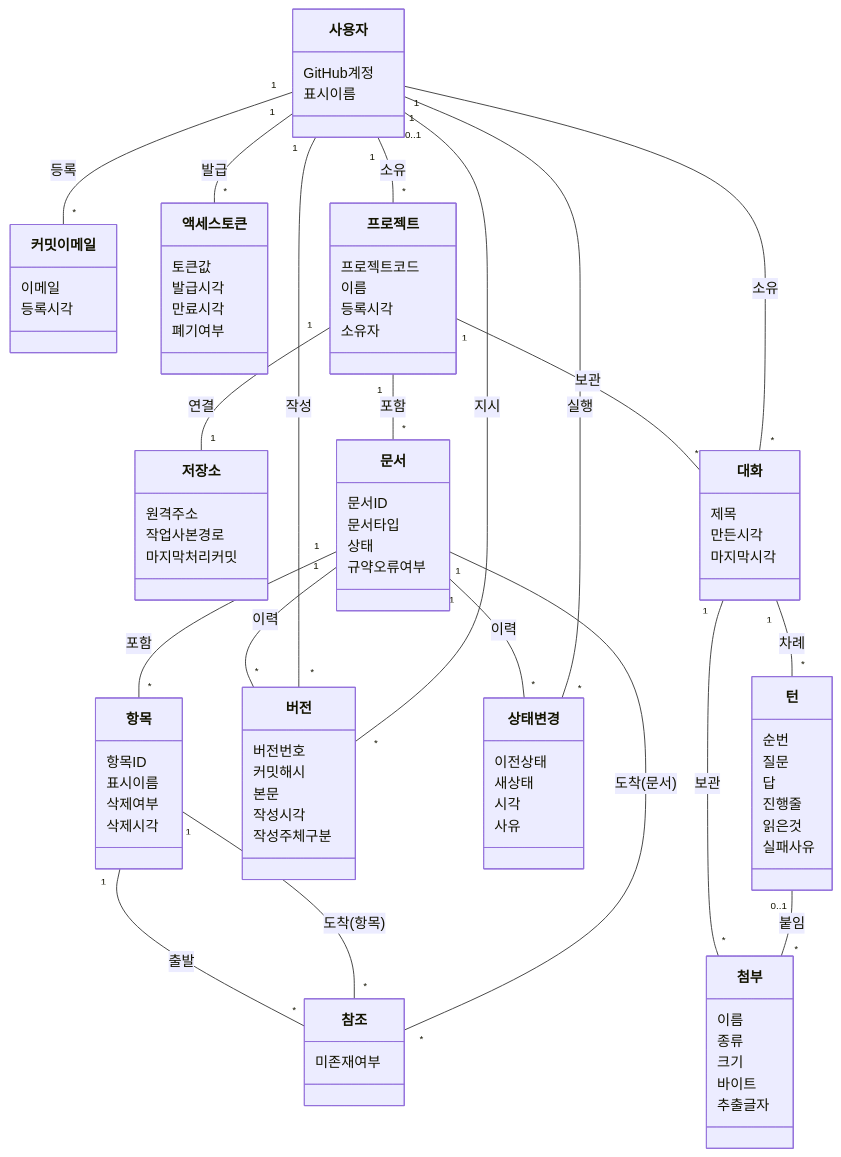
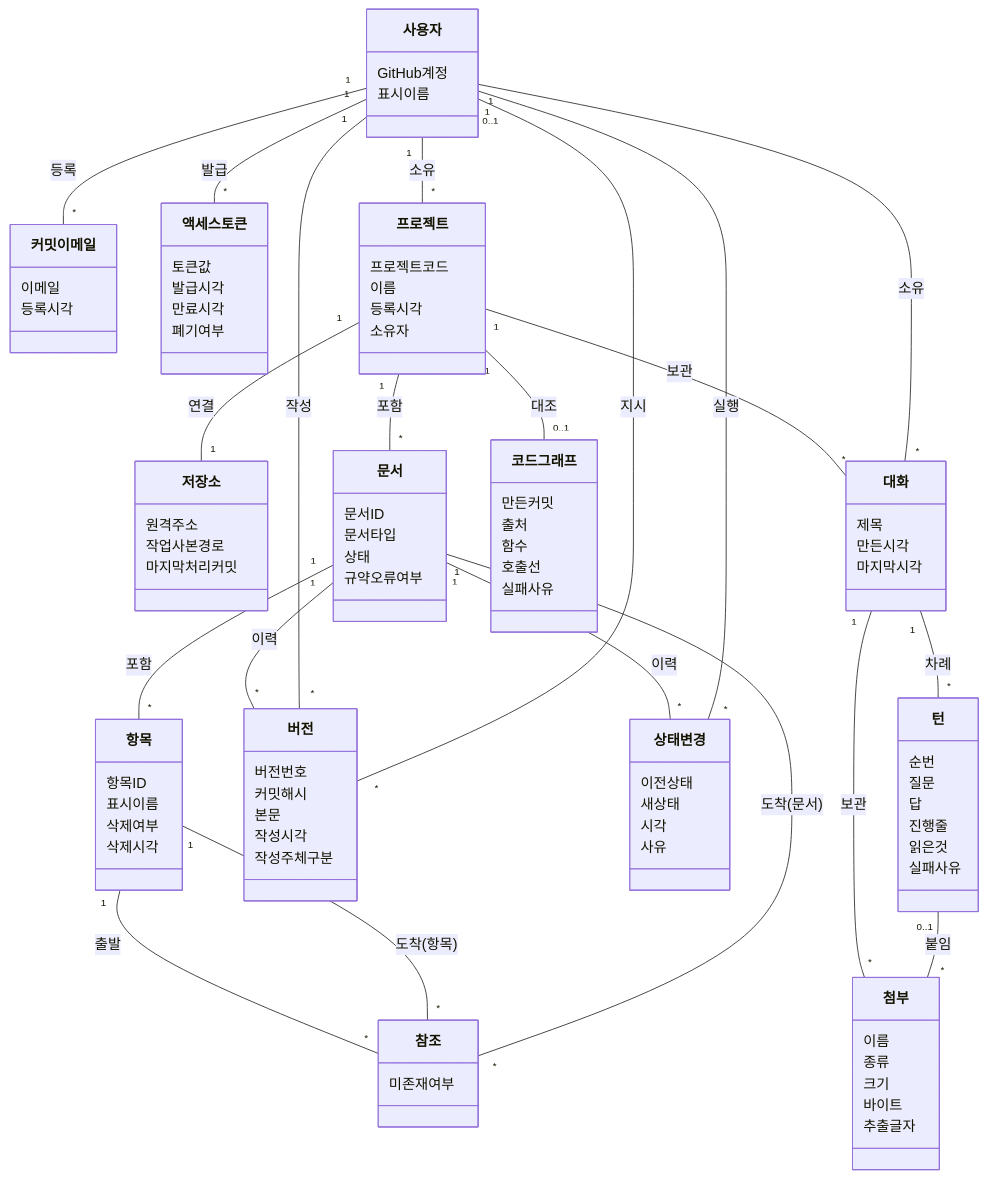
The diagram in docs/specs/06-DOM/SYNC-DOM-001.md (HoyoungParkme/syncdoc), drawn with Mermaid before and after one commit. The commit also changed other lines of this file, not shown here.

````diff
--- a/docs/specs/06-DOM/SYNC-DOM-001.md
+++ b/docs/specs/06-DOM/SYNC-DOM-001.md
@@ -163,4 +164,12 @@
     대화 "1" -- "*" 턴 : 차례
     대화 "1" -- "*" 첨부 : 보관
     턴 "0..1" -- "*" 첨부 : 붙임
+    class 코드그래프 {
+        만든커밋
+        출처
+        함수
+        호출선
+        실패사유
+    }
+    프로젝트 "1" -- "0..1" 코드그래프 : 대조
 ```
````
